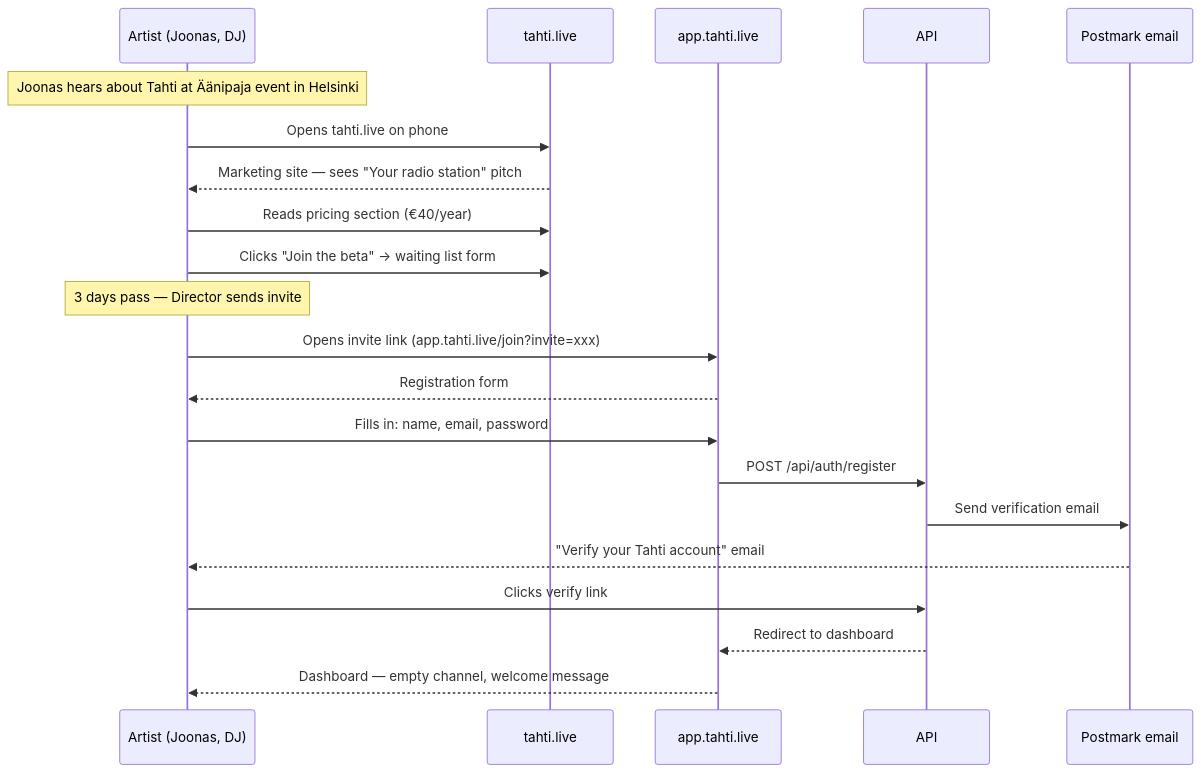
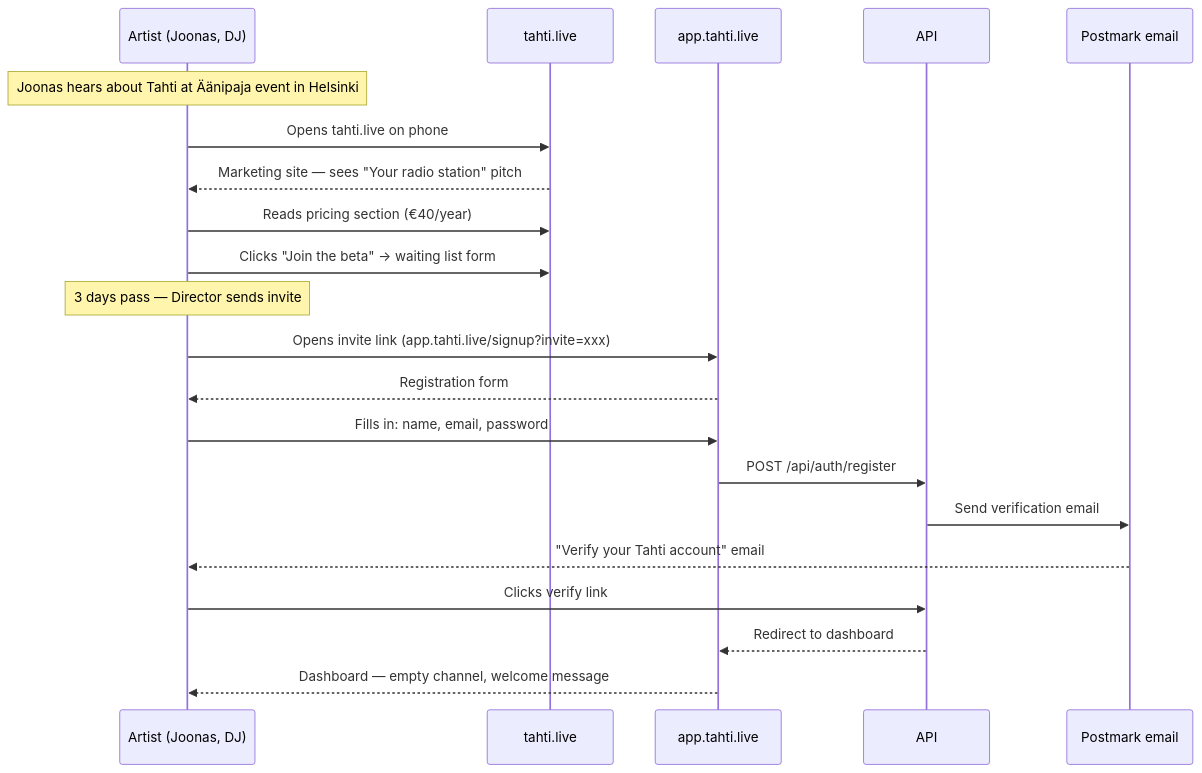
One commit to janiluuk/tahti-org changed the second of 9 diagrams in docs/technical/journey-artist.md. Above: the diagram before and after it, drawn with Mermaid. The commit also changed other lines of this file and 24 other files, not shown here.

````diff
--- a/docs/technical/journey-artist.md
+++ b/docs/technical/journey-artist.md
@@ -45,25 +45,25 @@
 ```mermaid
 sequenceDiagram
     participant A as Artist (Joonas, DJ)
     participant TF as tahti.live
     participant APP as app.tahti.live
     participant API as API
     participant Email as Postmark email
 
     Note over A: Joonas hears about Tahti at Äänipaja event in Helsinki
     A->>TF: Opens tahti.live on phone
     TF-->>A: Marketing site — sees "Your radio station" pitch
     A->>TF: Reads pricing section (€40/year)
     A->>TF: Clicks "Join the beta" → waiting list form
     Note over A: 3 days pass — Director sends invite
 
-    A->>APP: Opens invite link (app.tahti.live/join?invite=xxx)
+    A->>APP: Opens invite link (app.tahti.live/signup?invite=xxx)
     APP-->>A: Registration form
     A->>APP: Fills in: name, email, password
     APP->>API: POST /api/auth/register
     API->>Email: Send verification email
     Email-->>A: "Verify your Tahti account" email
     A->>API: Clicks verify link
     API-->>APP: Redirect to dashboard
     APP-->>A: Dashboard — empty channel, welcome message
 ```
````
